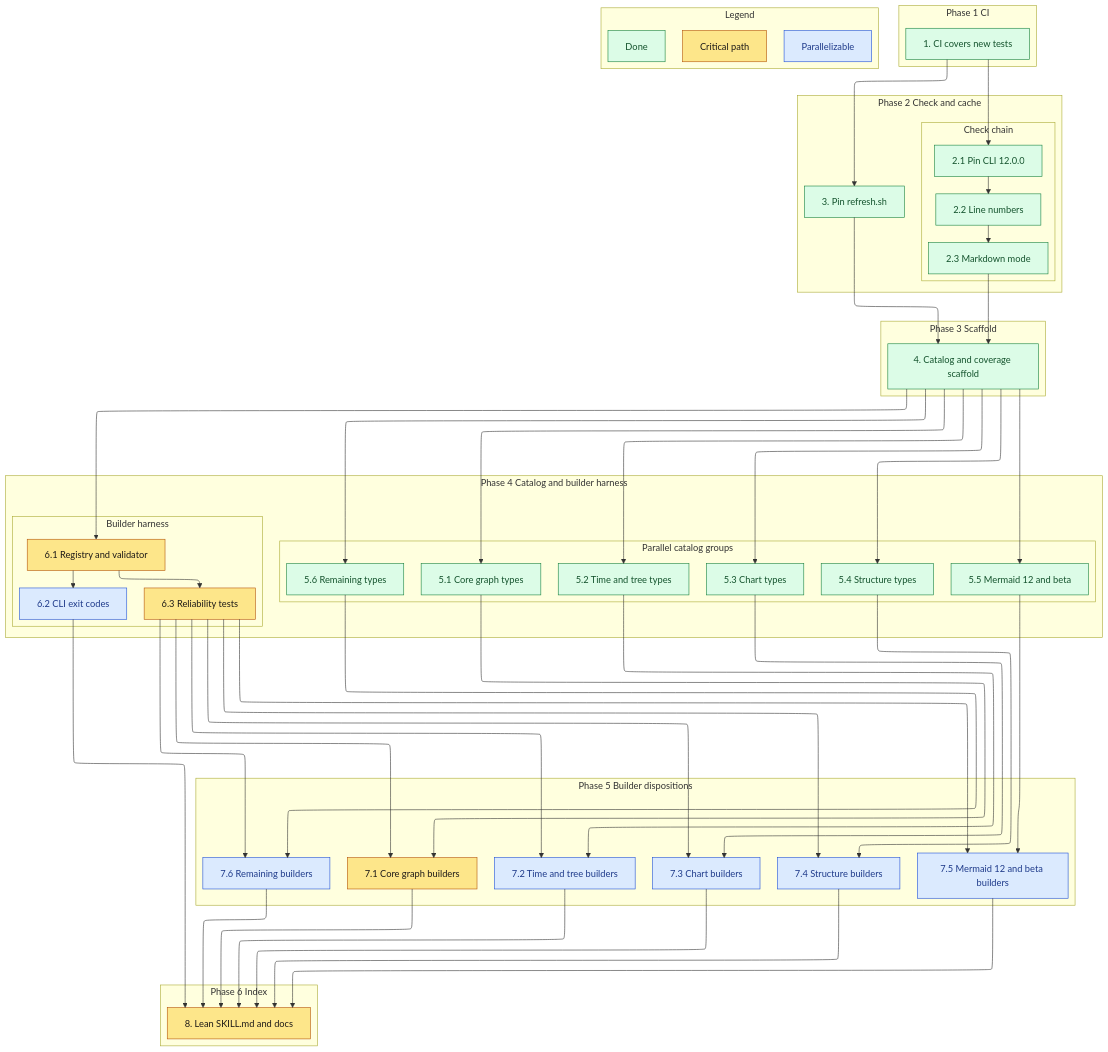
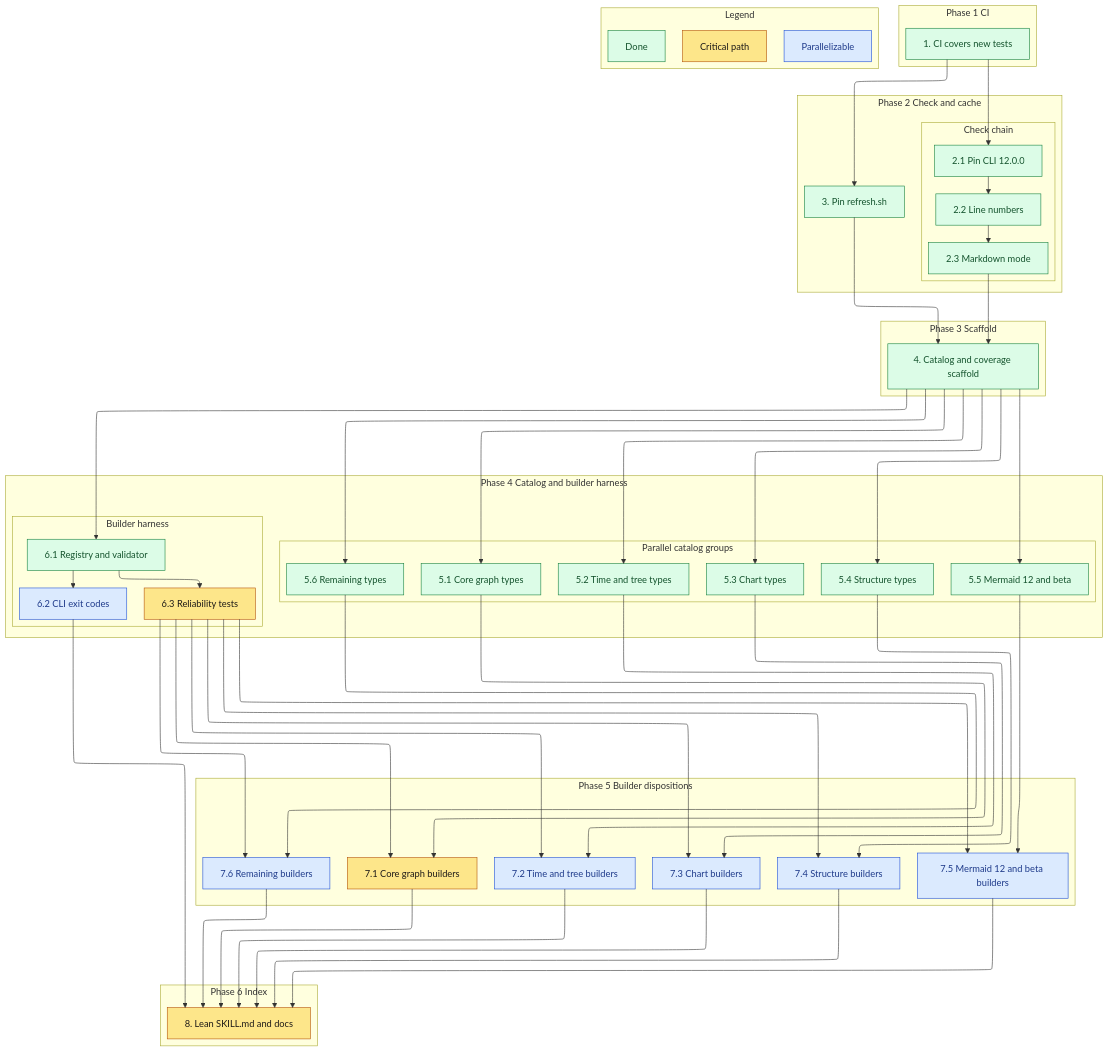
Before and after one commit to sohampatwardhan/mermaid-skill: the diagram in .kiro/specs/mermaid-catalog/tasks.md, drawn with Mermaid. The commit also changed other lines of this file and 4 other files, not shown here.

````diff
--- a/.kiro/specs/mermaid-catalog/tasks.md
+++ b/.kiro/specs/mermaid-catalog/tasks.md
@@ -94,7 +94,7 @@
   classDef critical fill:#fde68a,stroke:#b45309,color:#1c1917
   classDef parallel fill:#dbeafe,stroke:#1d4ed8,color:#1e3a8a
   classDef done fill:#dcfce7,stroke:#15803d,color:#14532d
-  class t1,t2_1,t2_2,t2_3,t3,t4,t5_1,t5_2,t5_3,t5_4,t5_5,t5_6,ld done
-  class t6_1,t6_3,t7_1,t8,lc critical
+  class t1,t2_1,t2_2,t2_3,t3,t4,t5_1,t5_2,t5_3,t5_4,t5_5,t5_6,t6_1,ld done
+  class t6_3,t7_1,t8,lc critical
   class t6_2,t7_2,t7_3,t7_4,t7_5,t7_6,lp parallel
 ```
````
